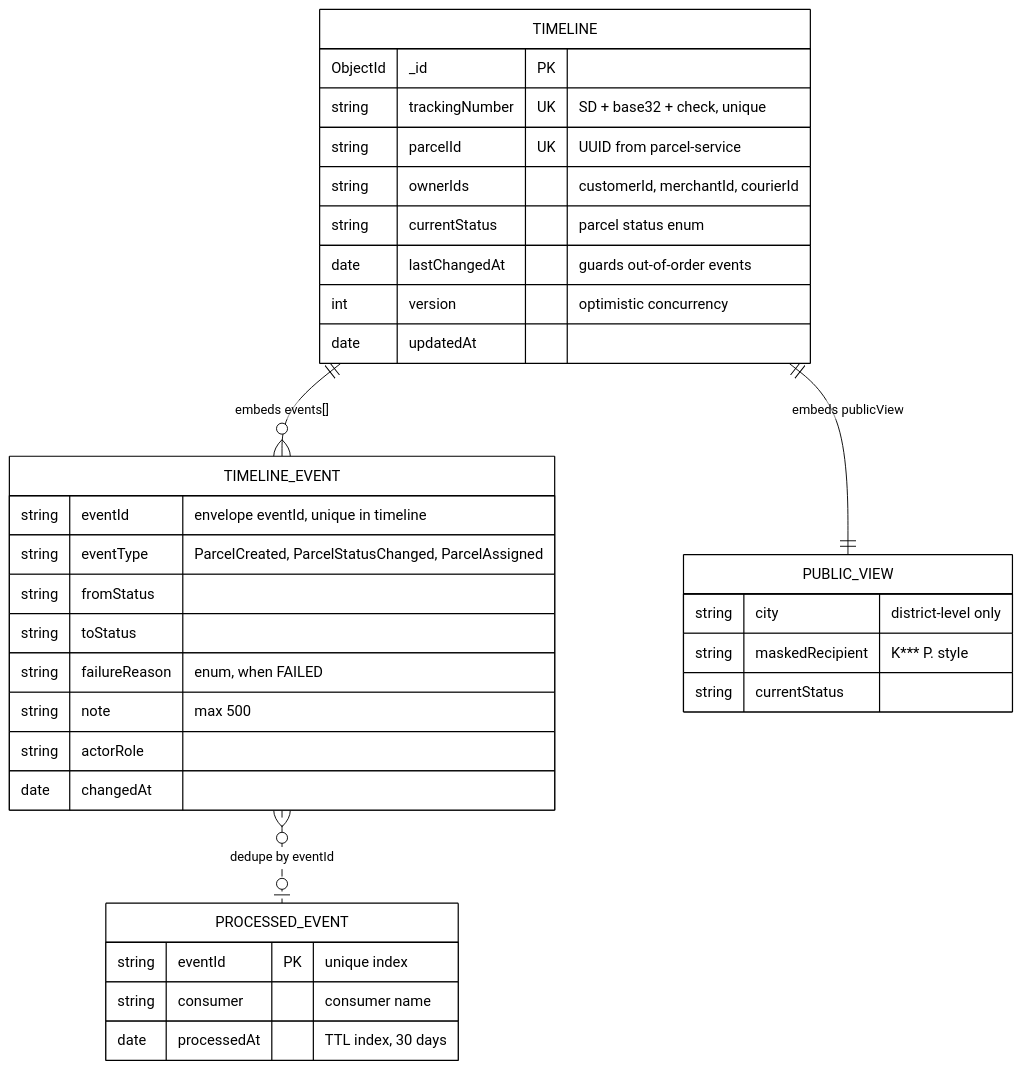
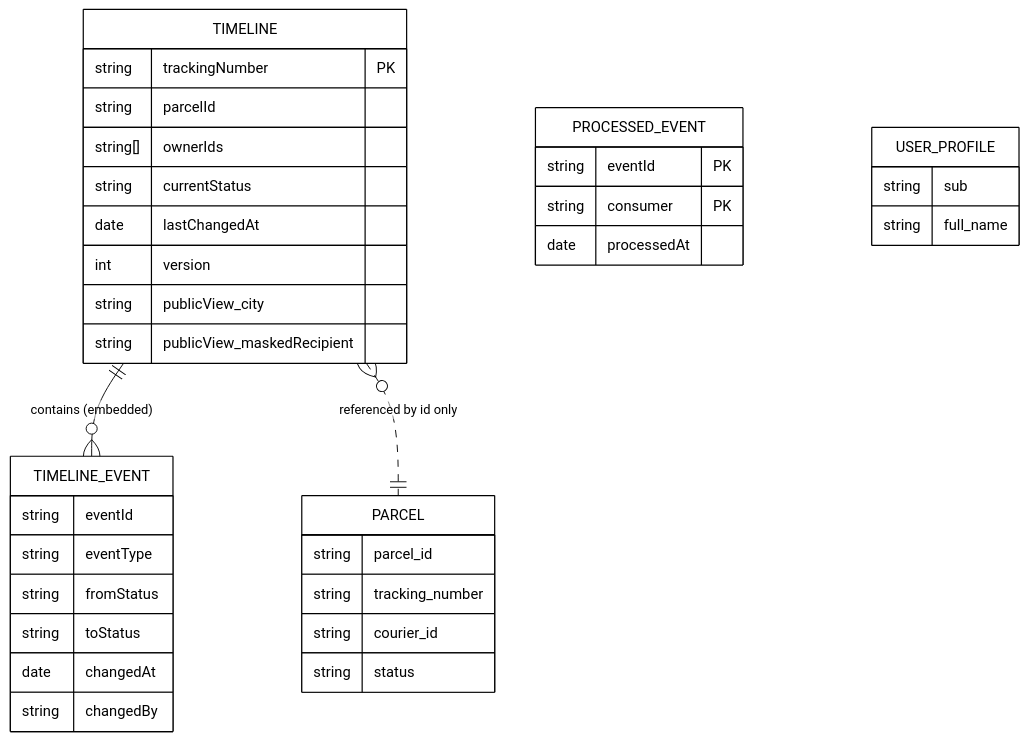
Before and after one commit to Pasidu-Mihiranga/SwiftDrop: the diagram in doc/diagrams/m6-real-time-tracking/er-m6-tracking-timeline.mmd, drawn with Mermaid. The commit also changed 39 other files, not shown here.

First line of the commit message:
docs(m6): redraw real-time tracking diagrams in the M10 design style

```diff
--- a/doc/diagrams/m6-real-time-tracking/er-m6-tracking-timeline.mmd
+++ b/doc/diagrams/m6-real-time-tracking/er-m6-tracking-timeline.mmd
@@ -1,39 +1,39 @@
-%%{init: {"theme":"base","themeVariables":{"background":"#ffffff","mainBkg":"#ffffff","primaryColor":"#ffffff","primaryBorderColor":"#000000","primaryTextColor":"#000000","secondaryColor":"#f2f2f2","tertiaryColor":"#ffffff","lineColor":"#000000","textColor":"#000000","clusterBkg":"#ffffff","clusterBorder":"#000000","titleColor":"#000000","edgeLabelBackground":"#ffffff","fontFamily":"Arial, Helvetica, sans-serif","attributeBackgroundColorOdd":"#ffffff","attributeBackgroundColorEven":"#f2f2f2"}}}%%
-%% M6 data model: MongoDB documents in database tracking (CQRS read model, not a relational schema).
-%% Cross-service references are IDs only (parcelId, ownerIds), never foreign keys.
-%% publicView is the only part served to guests; it has no phone and no street address.
+%%{init: {"theme":"base","themeVariables":{"primaryColor":"#ffffff","primaryBorderColor":"#000000","primaryTextColor":"#000000","lineColor":"#000000","background":"#ffffff","fontFamily":"Arial"}}}%%
+%% M6 data model: MongoDB tracking database, Redis keys, references to other services.
+%% Editable source for er-m6-tracking-timeline.svg / .png (hand-drawn export).
 erDiagram
     TIMELINE {
-        ObjectId _id PK
-        string trackingNumber UK "SD + base32 + check, unique"
-        string parcelId UK "UUID from parcel-service"
-        string ownerIds "customerId, merchantId, courierId"
-        string currentStatus "parcel status enum"
-        date lastChangedAt "guards out-of-order events"
-        int version "optimistic concurrency"
-        date updatedAt
+        string trackingNumber PK
+        string parcelId
+        string[] ownerIds
+        string currentStatus
+        date lastChangedAt
+        int version
+        string publicView_city
+        string publicView_maskedRecipient
     }
     TIMELINE_EVENT {
-        string eventId "envelope eventId, unique in timeline"
-        string eventType "ParcelCreated, ParcelStatusChanged, ParcelAssigned"
+        string eventId
+        string eventType
         string fromStatus
         string toStatus
-        string failureReason "enum, when FAILED"
-        string note "max 500"
-        string actorRole
         date changedAt
-    }
-    PUBLIC_VIEW {
-        string city "district-level only"
-        string maskedRecipient "K*** P. style"
-        string currentStatus
+        string changedBy
     }
     PROCESSED_EVENT {
-        string eventId PK "unique index"
-        string consumer "consumer name"
-        date processedAt "TTL index, 30 days"
+        string eventId PK
+        string consumer PK
+        date processedAt
     }
-
-    TIMELINE ||--o{ TIMELINE_EVENT : "embeds events[]"
-    TIMELINE ||--|| PUBLIC_VIEW : "embeds publicView"
-    TIMELINE_EVENT }o..o| PROCESSED_EVENT : "dedupe by eventId"
+    TIMELINE ||--o{ TIMELINE_EVENT : "contains (embedded)"
+    PARCEL {
+        string parcel_id
+        string tracking_number
+        string courier_id
+        string status
+    }
+    USER_PROFILE {
+        string sub
+        string full_name
+    }
+    TIMELINE }o..|| PARCEL : "referenced by id only"
```
